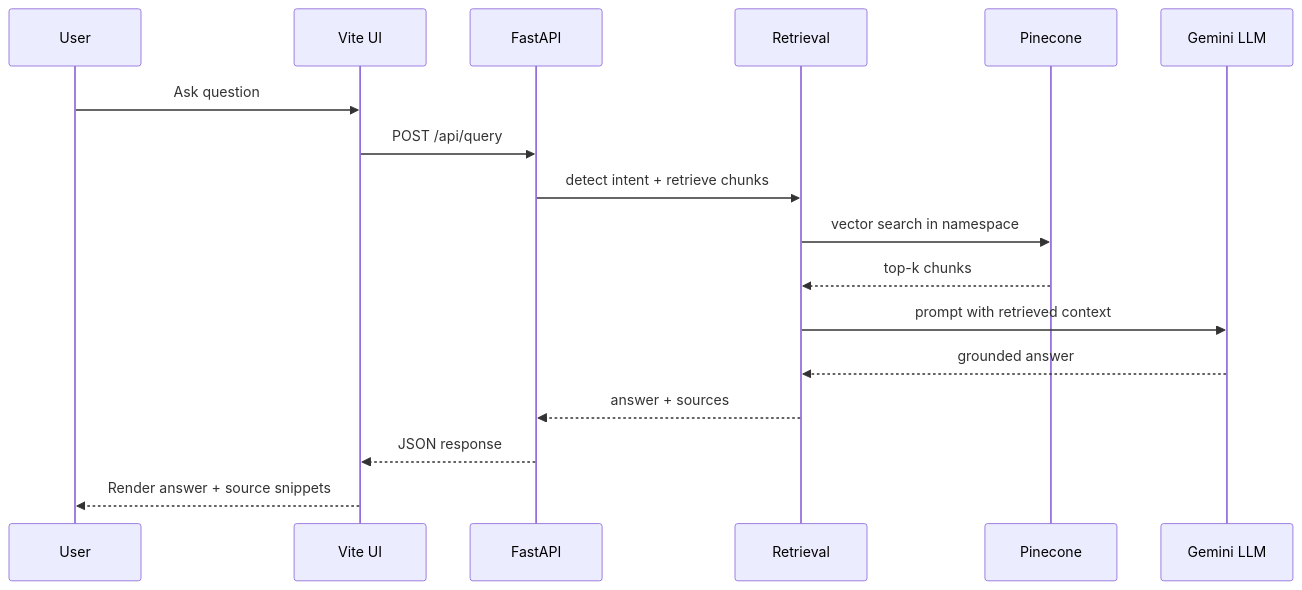
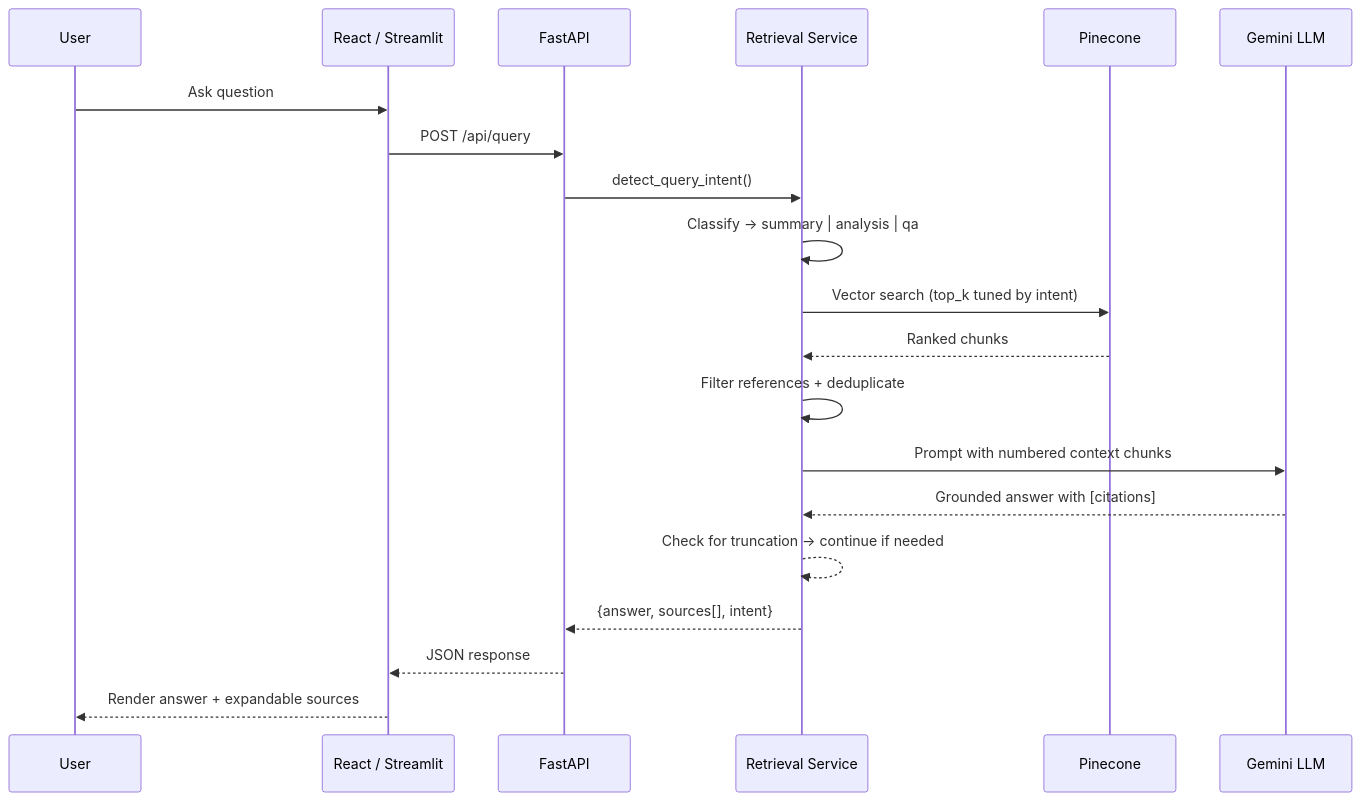
Before and after one commit to Diluksha-Upeka/contextiq-rag: the second of 2 diagrams in README.md, drawn with Mermaid. The commit also changed other lines of this file, not shown here.

Commit message:
docs: overhaul README with architecture, setup, and screenshots

````diff
--- a/README.md
+++ b/README.md
@@ -28,20 +106,23 @@
 ```mermaid
 sequenceDiagram
     participant U as User
-    participant UI as Vite UI
+    participant UI as React / Streamlit
     participant API as FastAPI
-    participant R as Retrieval
+    participant R as Retrieval Service
     participant P as Pinecone
     participant G as Gemini LLM
 
     U->>UI: Ask question
     UI->>API: POST /api/query
-    API->>R: detect intent + retrieve chunks
-    R->>P: vector search in namespace
-    P-->>R: top-k chunks
-    R->>G: prompt with retrieved context
-    G-->>R: grounded answer
-    R-->>API: answer + sources
+    API->>R: detect_query_intent()
+    R->>R: Classify → summary | analysis | qa
+    R->>P: Vector search (top_k tuned by intent)
+    P-->>R: Ranked chunks
+    R->>R: Filter references + deduplicate
+    R->>G: Prompt with numbered context chunks
+    G-->>R: Grounded answer with [citations]
+    R-->>R: Check for truncation → continue if needed
+    R-->>API: {answer, sources[], intent}
     API-->>UI: JSON response
-    UI-->>U: Render answer + source snippets
+    UI-->>U: Render answer + expandable sources
 ```
````
